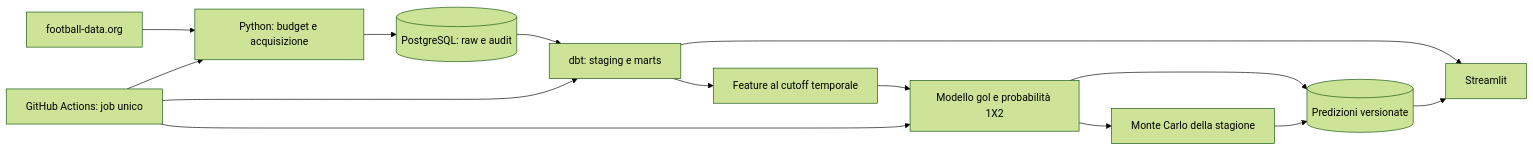
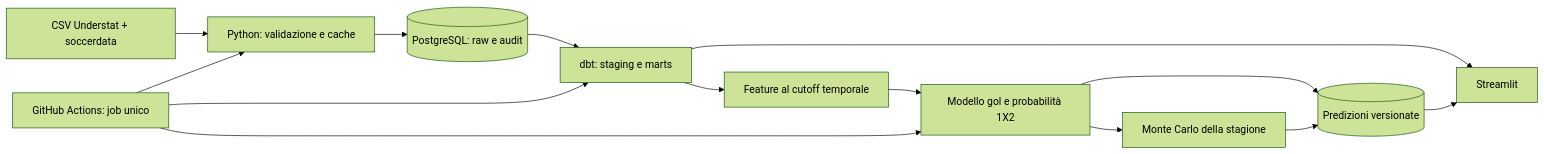
The diagram in docs/architecture.md (gabrynapo/football-intelligence-platform), drawn with Mermaid (forest theme) before and after one commit. The commit also changed other lines of this file and 4 other files, not shown here.

````diff
--- a/docs/architecture.md
+++ b/docs/architecture.md
@@ -26,16 +27,16 @@
 ```mermaid
 flowchart LR
-    A[football-data.org] --> B[Python: budget e acquisizione]
+    A[CSV Understat + soccerdata] --> B[Python: validazione e cache]
     B --> C[(PostgreSQL: raw e audit)]
     C --> D[dbt: staging e marts]
     D --> E[Feature al cutoff temporale]
     E --> F[Modello gol e probabilità 1X2]
     F --> G[Monte Carlo della stagione]
     D --> H[Streamlit]
     F --> I[(Predizioni versionate)]
     G --> I
     I --> H
     J[GitHub Actions: job unico] --> B
     J --> D
     J --> F
 ```
````
